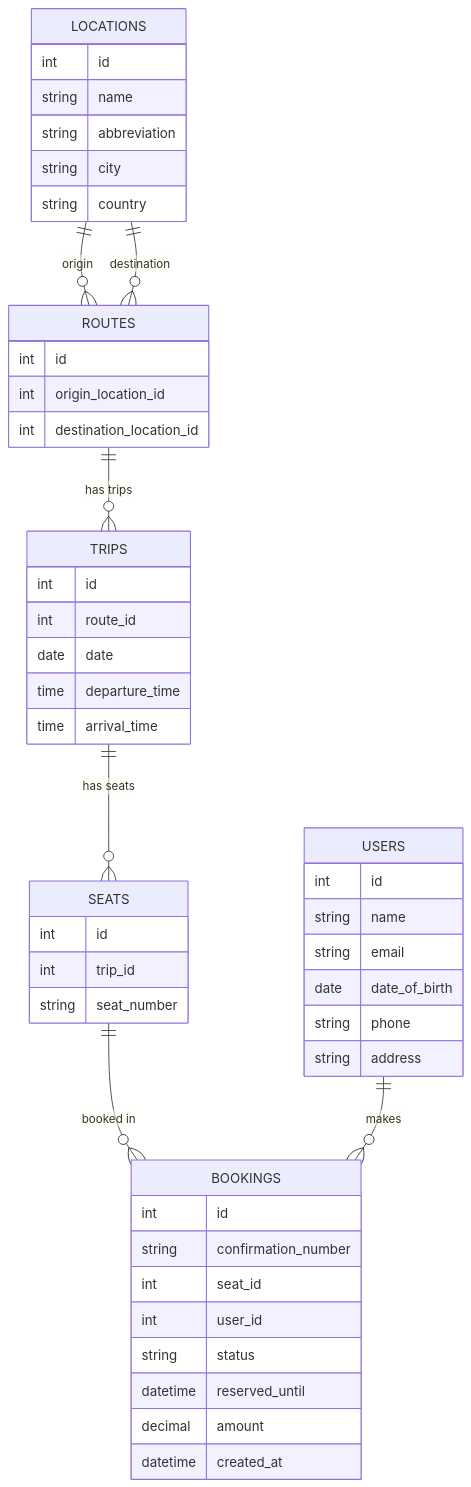
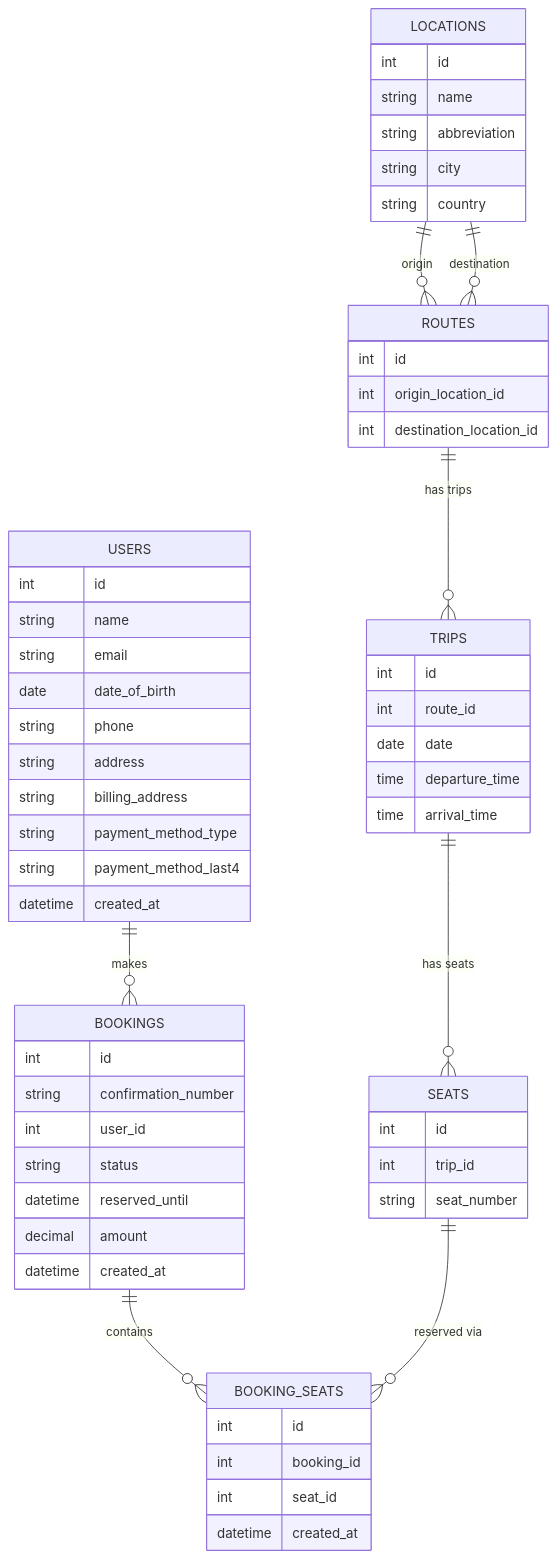
The diagram in README.md (ralphdelia/landline), drawn with Mermaid before and after one commit. The commit also changed other lines of this file, not shown here.

````diff
--- a/README.md
+++ b/README.md
@@ -110,65 +127,76 @@
 ```mermaid
 erDiagram
 
     LOCATIONS {
         int id
         string name
         string abbreviation
         string city
         string country
     }
 
     ROUTES {
         int id
         int origin_location_id
         int destination_location_id
     }
 
     TRIPS {
         int id
         int route_id
         date date
         time departure_time
         time arrival_time
     }
 
     SEATS {
         int id
         int trip_id
         string seat_number
     }
 
     BOOKINGS {
         int id
         string confirmation_number
-        int seat_id
         int user_id
         string status
         datetime reserved_until
         decimal amount
+        datetime created_at
+    }
+
+    BOOKING_SEATS {
+        int id
+        int booking_id
+        int seat_id
         datetime created_at
     }
 
     USERS {
         int id
         string name
         string email
         date date_of_birth
         string phone
         string address
+        string billing_address
+        string payment_method_type
+        string payment_method_last4
+        datetime created_at
     }
 
     %% relationships
 
     LOCATIONS ||--o{ ROUTES : "origin"
     LOCATIONS ||--o{ ROUTES : "destination"
 
     ROUTES ||--o{ TRIPS : "has trips"
 
     TRIPS ||--o{ SEATS : "has seats"
 
-    SEATS ||--o{ BOOKINGS : "booked in"
+    BOOKINGS ||--o{ BOOKING_SEATS : "contains"
+    SEATS ||--o{ BOOKING_SEATS : "reserved via"
 
     USERS ||--o{ BOOKINGS : "makes"
 
 ```
````
